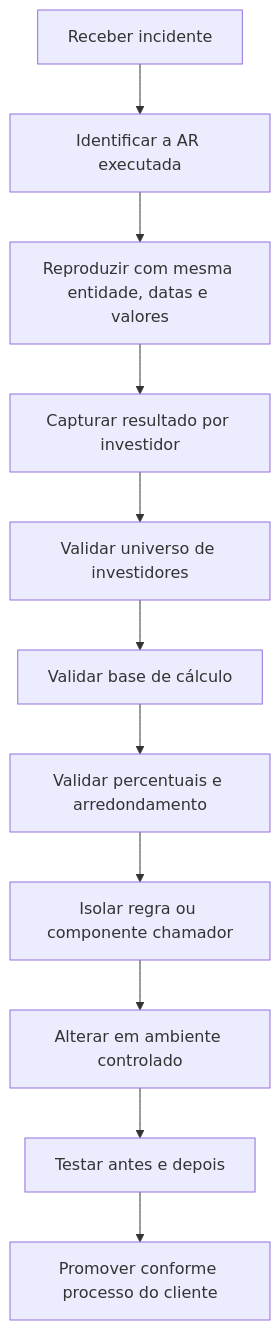
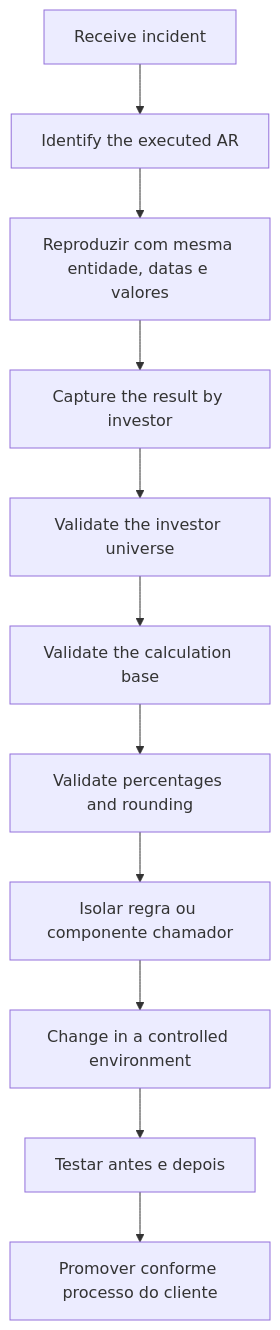
The diagram in docs/allocation-rules/maintenance-guide.md (msekimoto/investran), drawn with Mermaid before and after one commit. The commit also changed other lines of this file and 105 other files, not shown here.

````diff
--- a/docs/allocation-rules/maintenance-guide.md
+++ b/docs/allocation-rules/maintenance-guide.md
@@ -9,13 +9,13 @@
 ```mermaid
 flowchart TD
-    A[Receber incidente] --> B[Identificar a AR executada]
+    A[Receive incident] --> B[Identify the executed AR]
     B --> C[Reproduzir com mesma entidade, datas e valores]
-    C --> D[Capturar resultado por investidor]
-    D --> E[Validar universo de investidores]
-    E --> F[Validar base de cálculo]
-    F --> G[Validar percentuais e arredondamento]
+    C --> D[Capture the result by investor]
+    D --> E[Validate the investor universe]
+    E --> F[Validate the calculation base]
+    F --> G[Validate percentages and rounding]
     G --> H[Isolar regra ou componente chamador]
-    H --> I[Alterar em ambiente controlado]
+    H --> I[Change in a controlled environment]
     I --> J[Testar antes e depois]
     J --> K[Promover conforme processo do cliente]
 ```
````
